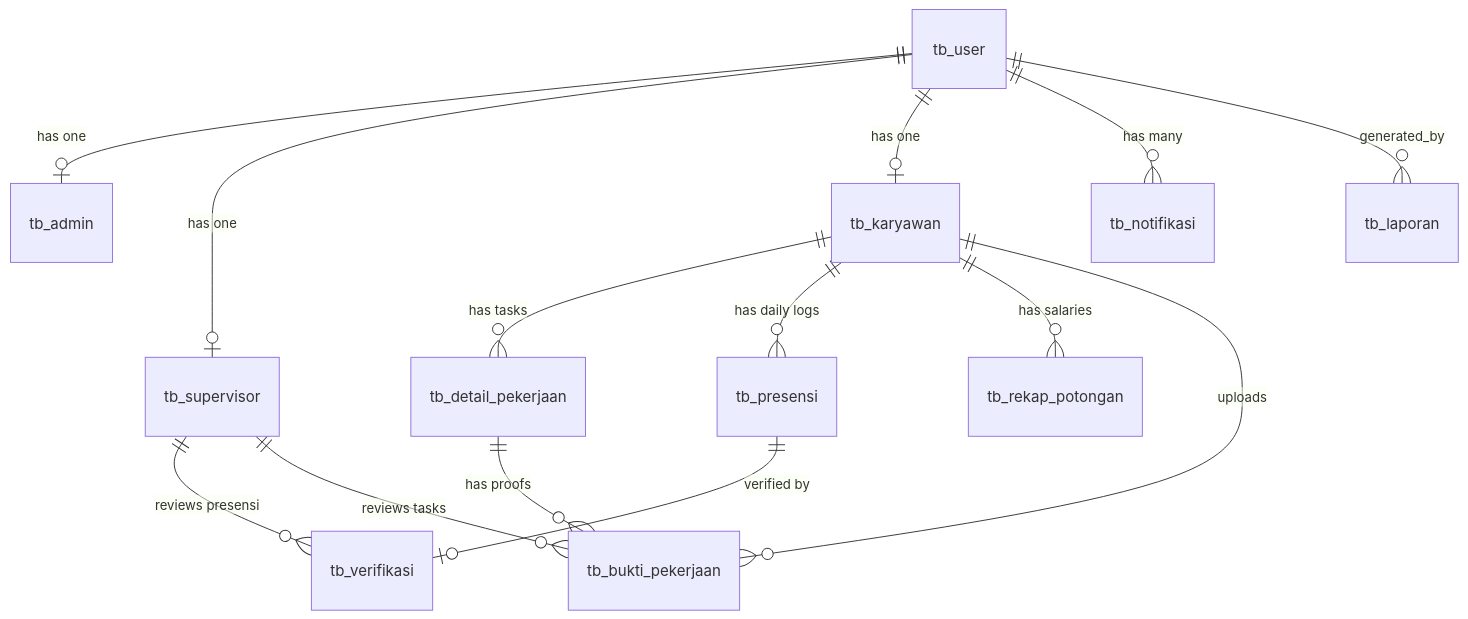
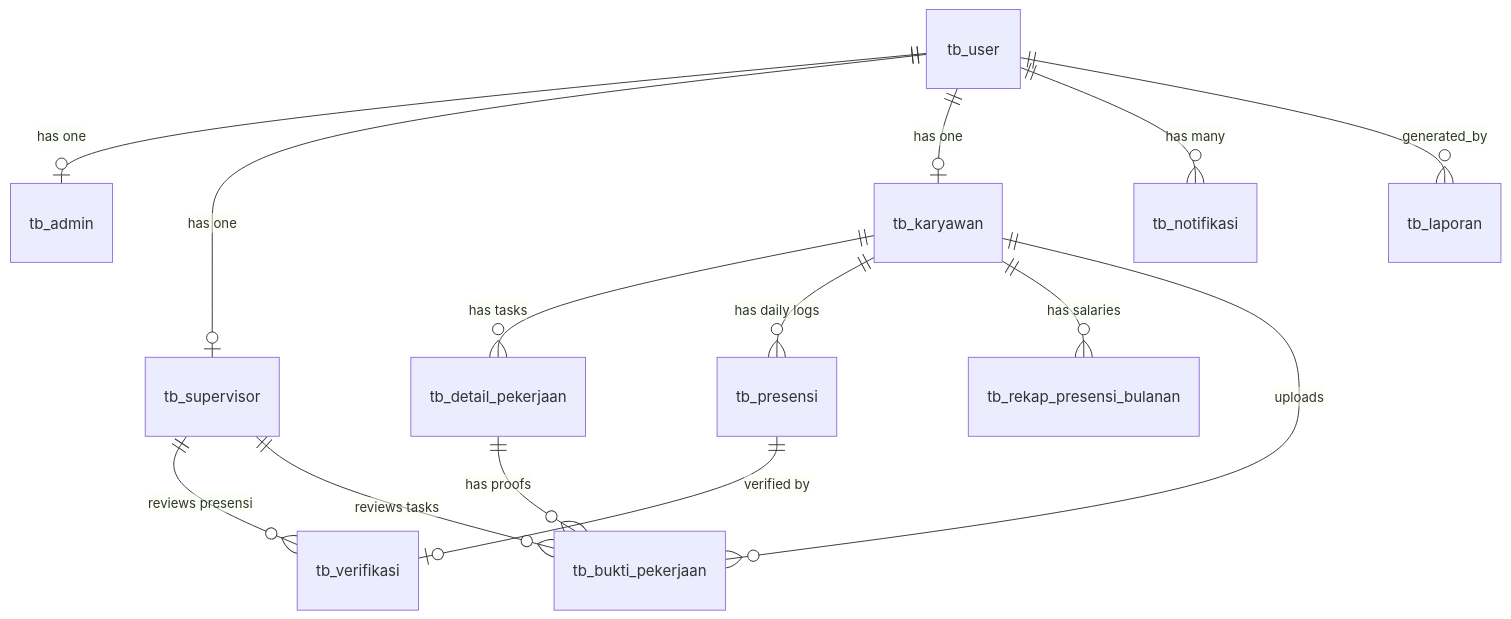
One commit to FadhilahNezaSolikhah/sistem-kepegawaian changed the diagram in docs/v2/02-database-schema.md. Above: the diagram before and after it, drawn with Mermaid. The commit also changed other lines of this file and 28 other files, not shown here.

First line of the commit message:
feat: migrasi rekap potongan ke rekap presensi bulanan

````diff
--- a/docs/v2/02-database-schema.md
+++ b/docs/v2/02-database-schema.md
@@ -196,20 +196,20 @@
 ```mermaid
 erDiagram
     tb_user ||--o| tb_admin : "has one"
     tb_user ||--o| tb_supervisor : "has one"
     tb_user ||--o| tb_karyawan : "has one"
     tb_user ||--o{ tb_notifikasi : "has many"
     tb_user ||--o{ tb_laporan : "generated_by"
 
     tb_karyawan ||--o{ tb_detail_pekerjaan : "has tasks"
     tb_karyawan ||--o{ tb_presensi : "has daily logs"
-    tb_karyawan ||--o{ tb_rekap_potongan : "has salaries"
+    tb_karyawan ||--o{ tb_rekap_presensi_bulanan : "has salaries"
     tb_karyawan ||--o{ tb_bukti_pekerjaan : "uploads"
 
     tb_detail_pekerjaan ||--o{ tb_bukti_pekerjaan : "has proofs"
 
     tb_presensi ||--o| tb_verifikasi : "verified by"
 
     tb_supervisor ||--o{ tb_verifikasi : "reviews presensi"
     tb_supervisor ||--o{ tb_bukti_pekerjaan : "reviews tasks"
 ```
````
